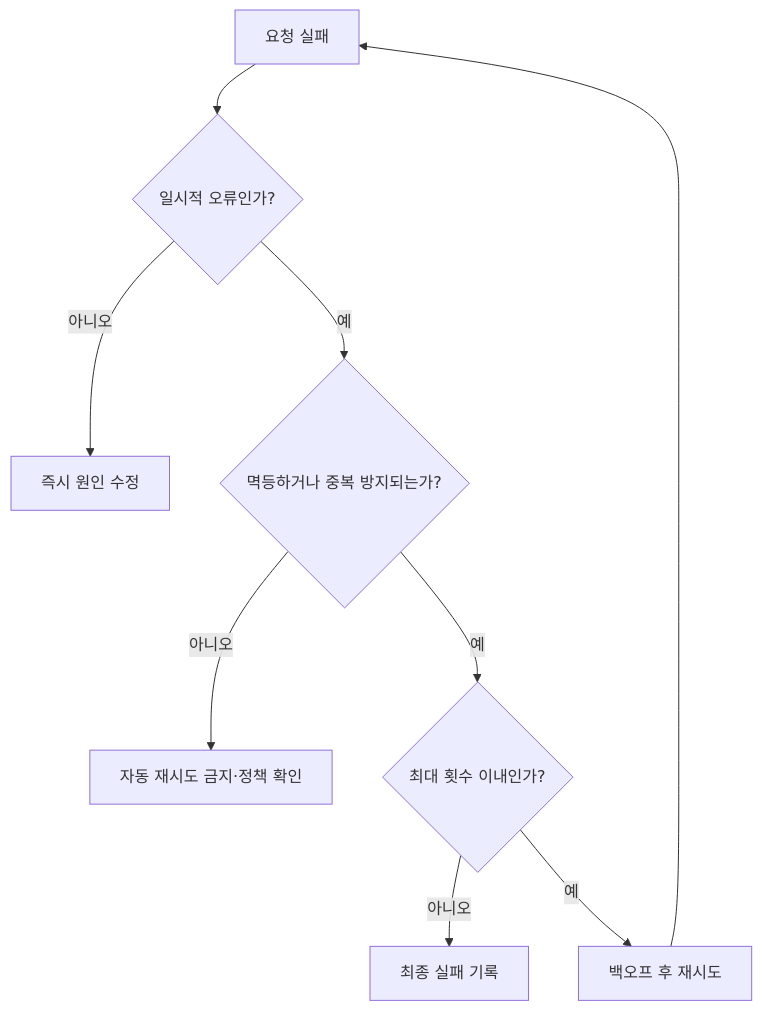
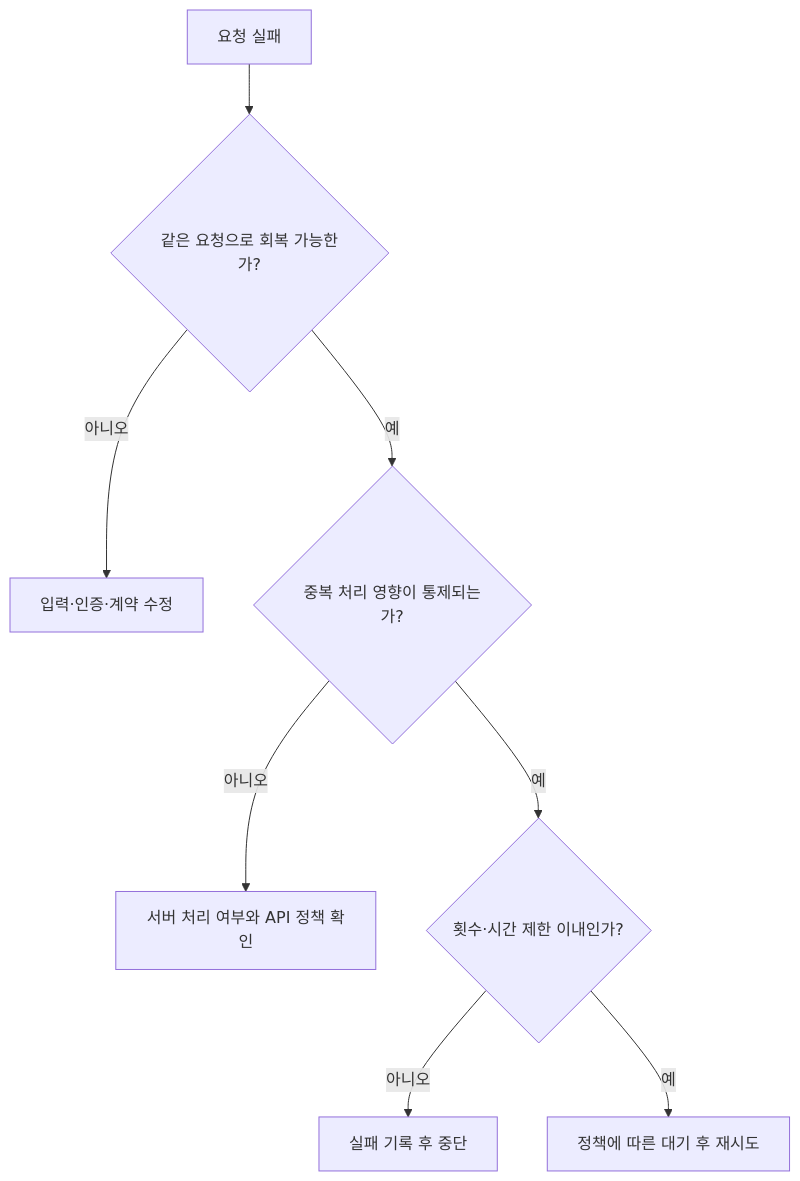
The diagram in 07-http-api/07-5-errors-timeouts-retries.md (zxz3650/Python), drawn with Mermaid before and after one commit. The commit also changed other lines of this file and 10 other files, not shown here.

````diff
--- a/07-http-api/07-5-errors-timeouts-retries.md
+++ b/07-http-api/07-5-errors-timeouts-retries.md
@@ -58,10 +58,10 @@
 ```mermaid
 flowchart TD
-    A["요청 실패"] --> B{"일시적 오류인가?"}
-    B -- "아니오" --> X["즉시 원인 수정"]
-    B -- "예" --> C{"멱등하거나 중복 방지되는가?"}
-    C -- "아니오" --> Y["자동 재시도 금지·정책 확인"]
-    C -- "예" --> D{"최대 횟수 이내인가?"}
-    D -- "아니오" --> Z["최종 실패 기록"]
-    D -- "예" --> E["백오프 후 재시도"] --> A
+    A["요청 실패"] --> B{"같은 요청으로 회복 가능한가?"}
+    B -- "아니오" --> X["입력·인증·계약 수정"]
+    B -- "예" --> C{"중복 처리 영향이 통제되는가?"}
+    C -- "아니오" --> Y["서버 처리 여부와 API 정책 확인"]
+    C -- "예" --> D{"횟수·시간 제한 이내인가?"}
+    D -- "아니오" --> Z["실패 기록 후 중단"]
+    D -- "예" --> E["정책에 따른 대기 후 재시도"]
 ```
````
